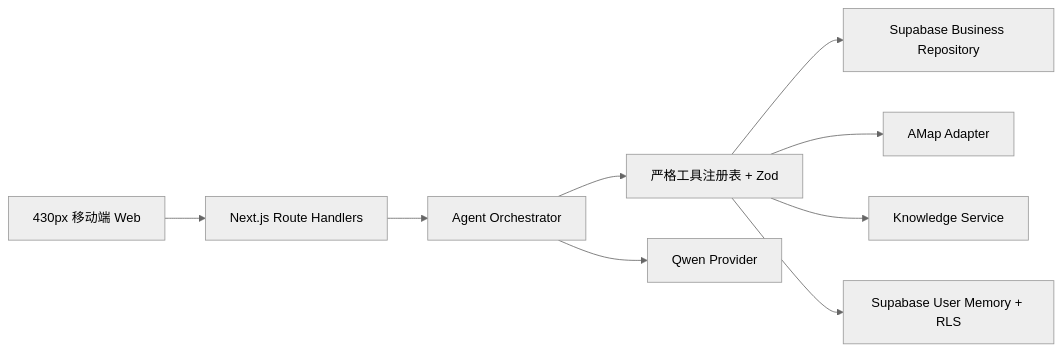
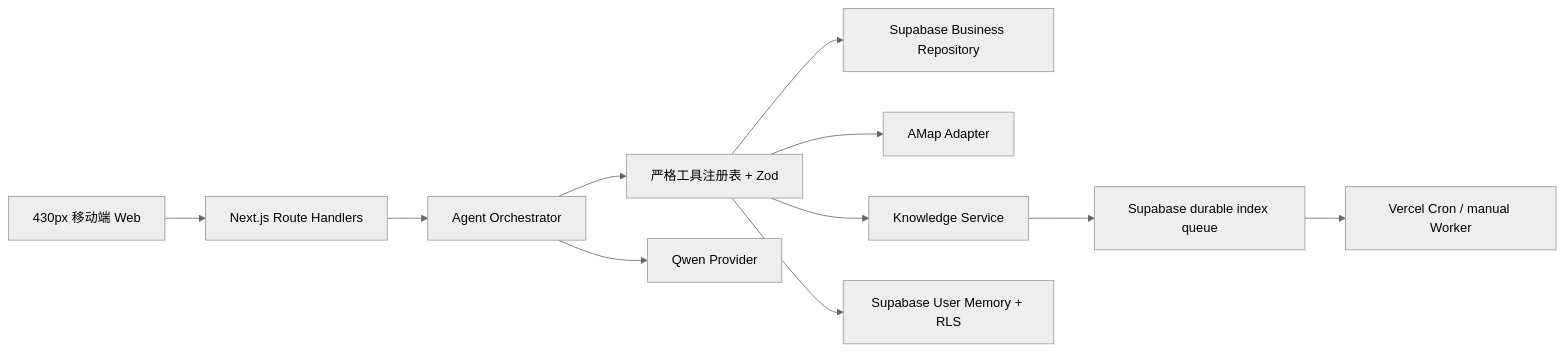
The diagram in README.md (zhancyang001122-code/git1), drawn with Mermaid (neutral theme) before and after one commit. The commit also changed other lines of this file and 5 other files, not shown here.

````diff
--- a/README.md
+++ b/README.md
@@ -29,11 +31,13 @@
 ```mermaid
 flowchart LR
   UI["430px 移动端 Web"] --> API["Next.js Route Handlers"]
   API --> Agent["Agent Orchestrator"]
   Agent --> Registry["严格工具注册表 + Zod"]
   Registry --> Business["Supabase Business Repository"]
   Registry --> Maps["AMap Adapter"]
   Registry --> Knowledge["Knowledge Service"]
+  Knowledge --> Queue["Supabase durable index queue"]
+  Queue --> Worker["Vercel Cron / manual Worker"]
   Registry --> Memory["Supabase User Memory + RLS"]
   Agent --> Qwen["Qwen Provider"]
 ```
````
